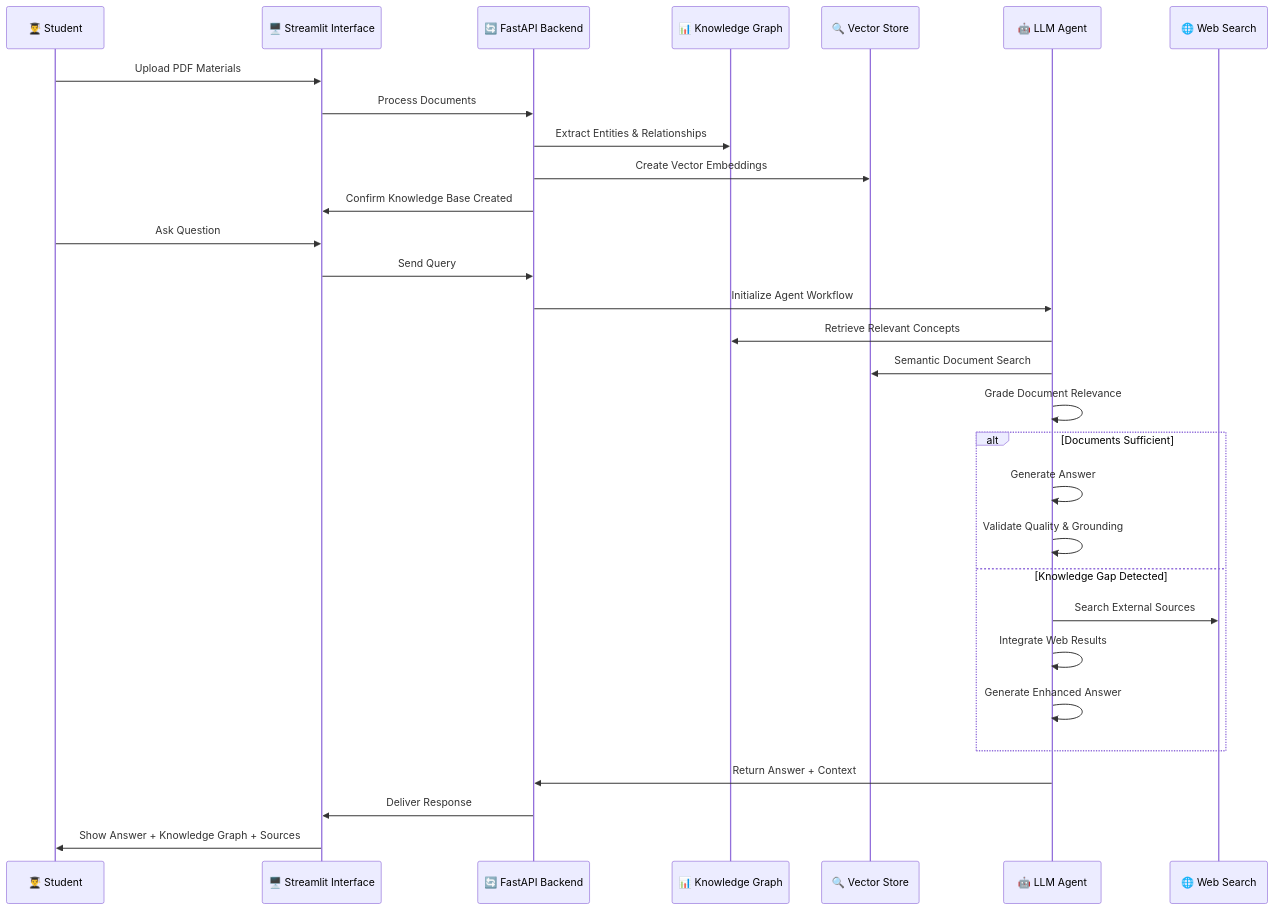
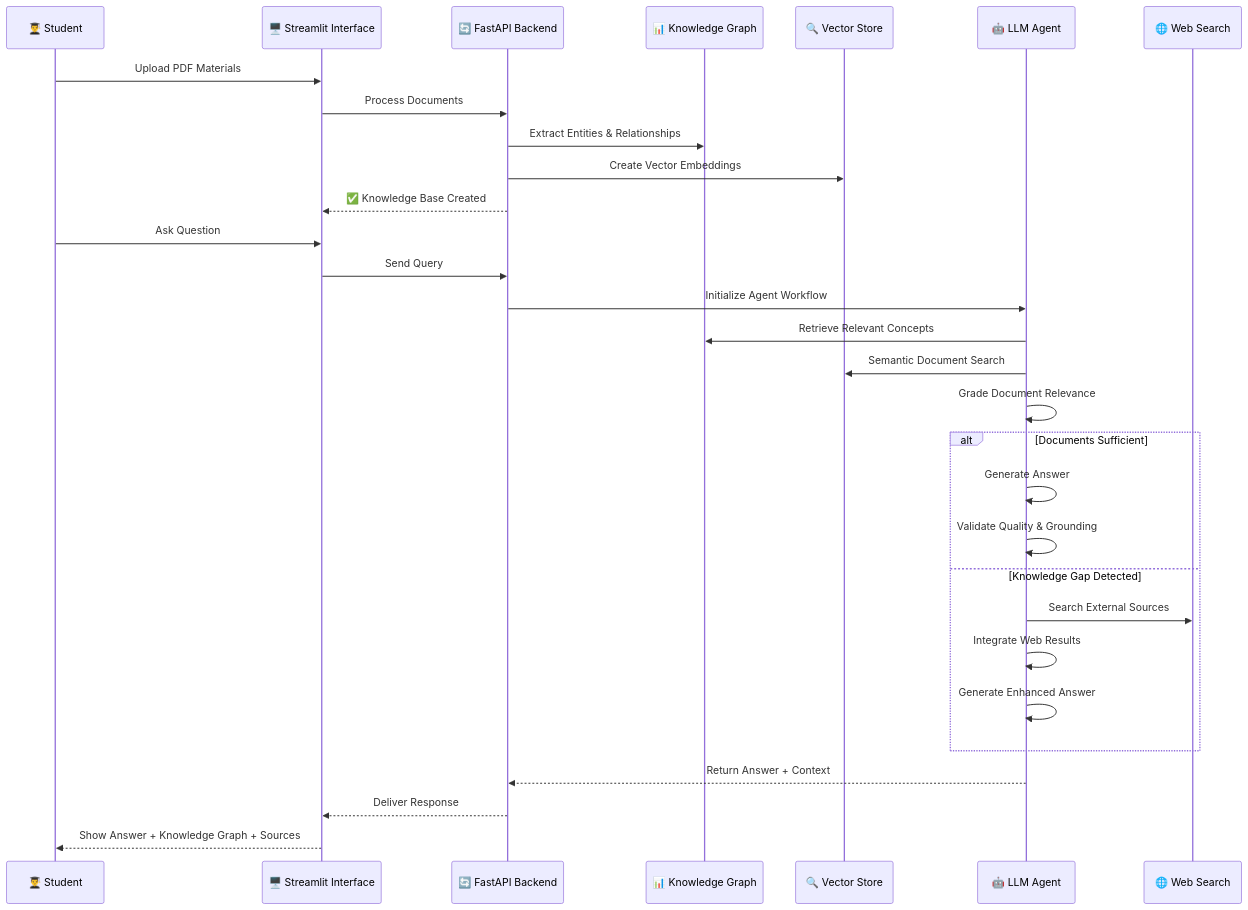
One commit to aniketmishr/knexion changed the third of 3 diagrams in README.md. Above: the diagram before and after it, drawn with Mermaid.

Commit message:
Update sequence diagram for application workflow

````diff
--- a/README.md
+++ b/README.md
@@ -148,37 +148,45 @@
 ```mermaid
 sequenceDiagram
+    %% Participants
     participant S as 👨‍🎓 Student
     participant UI as 🖥️ Streamlit Interface
     participant API as 🔄 FastAPI Backend
     participant KG as 📊 Knowledge Graph
     participant VS as 🔍 Vector Store
     participant LLM as 🤖 LLM Agent
     participant WEB as 🌐 Web Search
 
+    %% Upload PDFs Flow
     S->>UI: Upload PDF Materials
     UI->>API: Process Documents
     API->>KG: Extract Entities & Relationships
     API->>VS: Create Vector Embeddings
-    API->>UI: Confirm Knowledge Base Created
-    
+    API-->>UI: ✅ Knowledge Base Created
+
+    %% Query Flow
     S->>UI: Ask Question
     UI->>API: Send Query
     API->>LLM: Initialize Agent Workflow
-    
+
+    %% Retrieval & Relevance
     LLM->>KG: Retrieve Relevant Concepts
     LLM->>VS: Semantic Document Search
     LLM->>LLM: Grade Document Relevance
-    
+
+    %% Conditional Answer Generation
     alt Documents Sufficient
         LLM->>LLM: Generate Answer
         LLM->>LLM: Validate Quality & Grounding
     else Knowledge Gap Detected
         LLM->>WEB: Search External Sources
         LLM->>LLM: Integrate Web Results
         LLM->>LLM: Generate Enhanced Answer
     end
-    
-    LLM->>API: Return Answer + Context
-    API->>UI: Deliver Response
-    UI->>S: Show Answer + Knowledge Graph + Sources
+
+    %% Return Answer
+    LLM-->>API: Return Answer + Context
+    API-->>UI: Deliver Response
+    UI-->>S: Show Answer + Knowledge Graph + Sources
+
+
 ```
````
